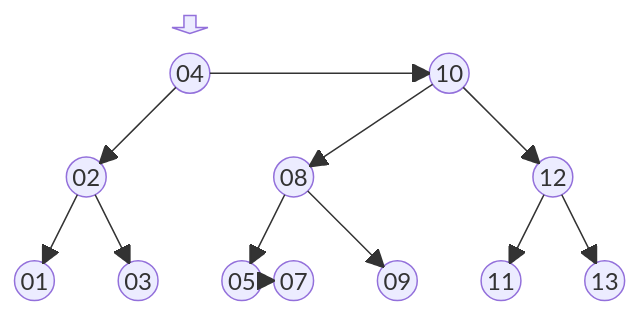
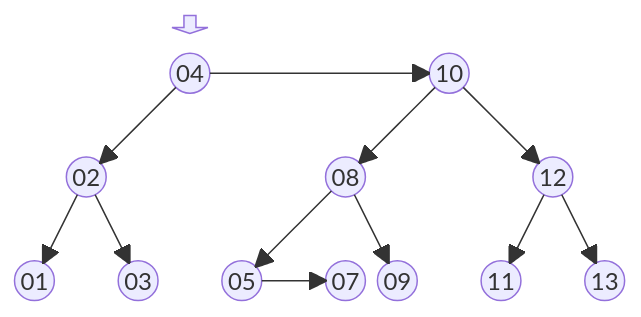
One commit to BenhurUFSM/l226b changed the fourth of 4 diagrams in Assuntos/arvore-aa.md. Above: the diagram before and after it, drawn with Mermaid.

````diff
--- a/Assuntos/arvore-aa.md
+++ b/Assuntos/arvore-aa.md
@@ -153,21 +153,21 @@
 ```mermaid
 block
 columns 12
 space:3 f<[" "]>(down) space:8
 space:3 r(("04")) space:4 d(("10")) space:3
 space:12
-space e(("02")) space:3 de(("08")) space:4 dd(("12")) space
+space e(("02")) space:4 de(("08")) space:3 dd(("12")) space
 space:12
-ee(("01")) space ed(("03")) space dee(("05")) deed(("07")) space ded(("09")) space dde(("11")) space ddd(("13"))
+ee(("01")) space ed(("03")) space dee(("05")) space deed(("07")) ded(("09")) space dde(("11")) space ddd(("13"))
 r-->e
 r-->d
 e-->ee
 e-->ed
 d-->de
 d-->dd
 de-->dee
 de-->ded
 dee-->deed
 dd-->dde
 dd-->ddd
 ```
````
